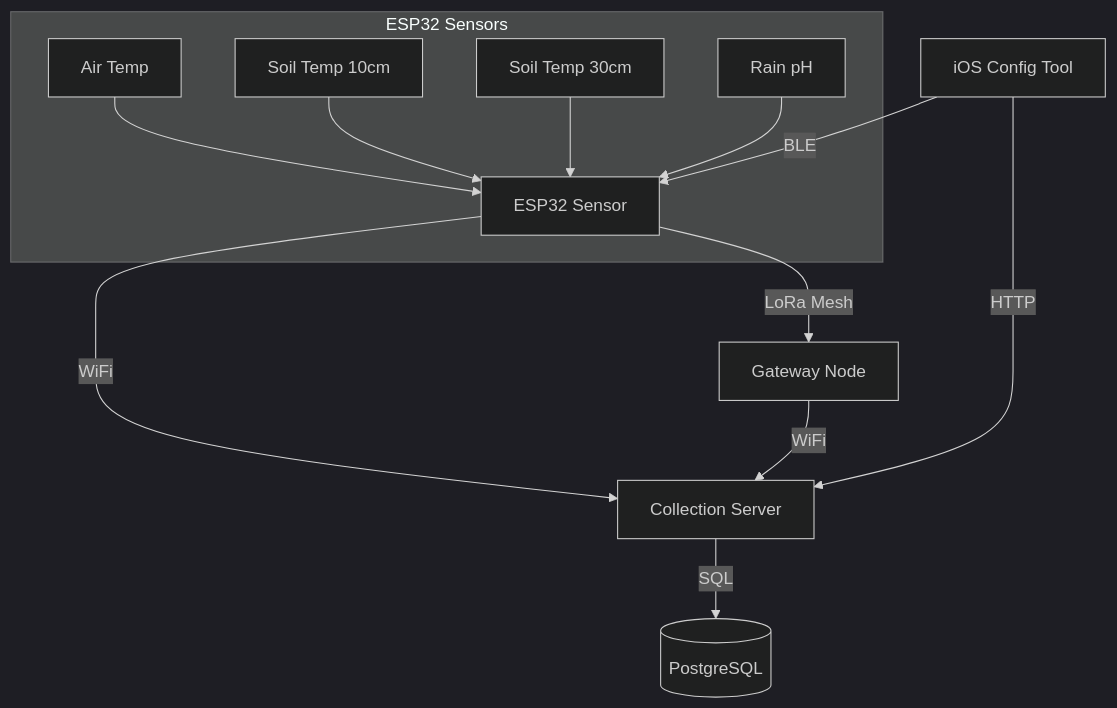
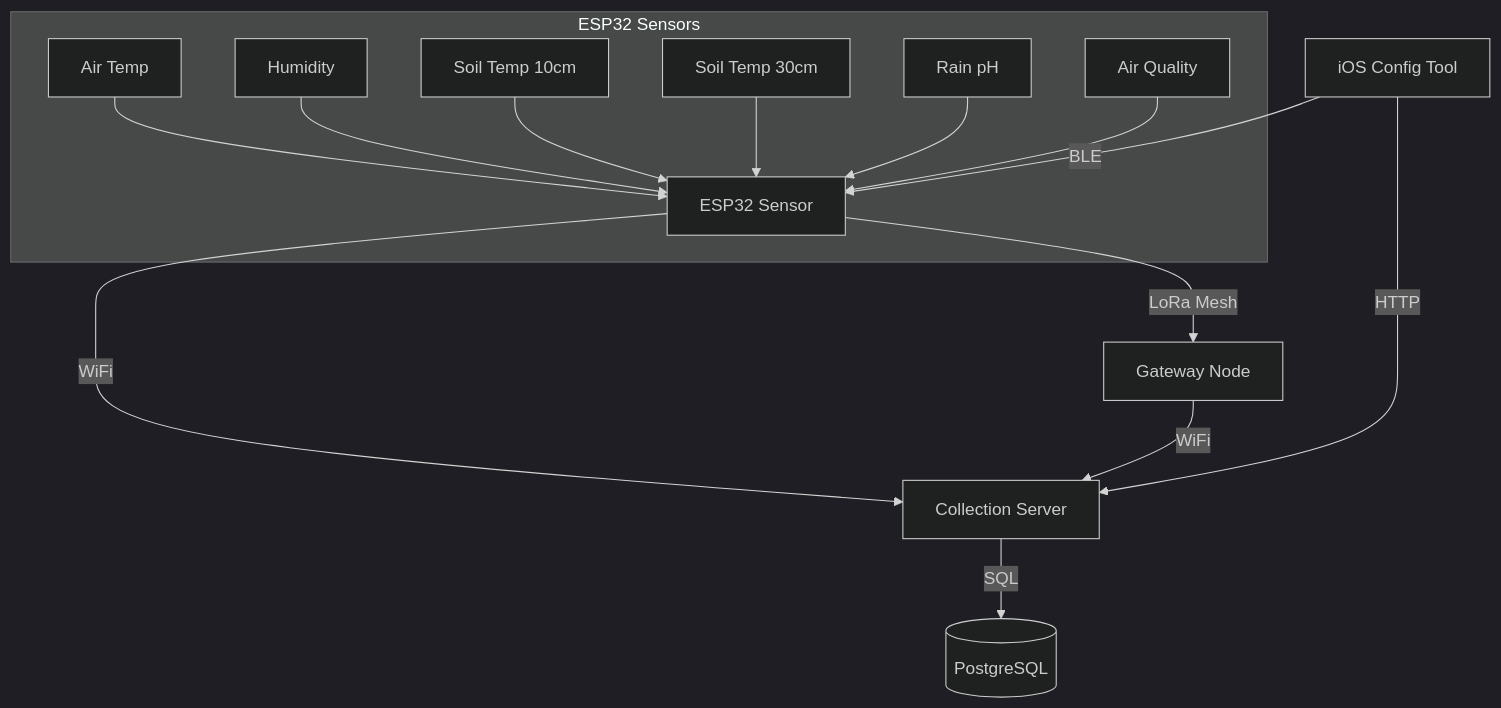
The first of 2 diagrams in README.md (codeSnapped-LLC/environmental-monitor), drawn with Mermaid (dark theme) before and after one commit. The commit also changed other lines of this file and 6 other files, not shown here.

Commit message:
feat: add humidity and air quality sensors support

````diff
--- a/README.md
+++ b/README.md
@@ -7,16 +7,18 @@
 ```mermaid
 graph TD
     A[ESP32 Sensor] -->|WiFi| B[Collection Server]
     A -->|LoRa Mesh| C[Gateway Node]
     C -->|WiFi| B
     B -->|SQL| D[(PostgreSQL)]
     E[iOS Config Tool] -->|BLE| A
     E -->|HTTP| B
     
     subgraph ESP32 Sensors
         A1[Air Temp] --> A
-        A2[Soil Temp 10cm] --> A
-        A3[Soil Temp 30cm] --> A
-        A4[Rain pH] --> A
+        A2[Humidity] --> A
+        A3[Soil Temp 10cm] --> A
+        A4[Soil Temp 30cm] --> A
+        A5[Rain pH] --> A
+        A6[Air Quality] --> A
     end
 ```
````
